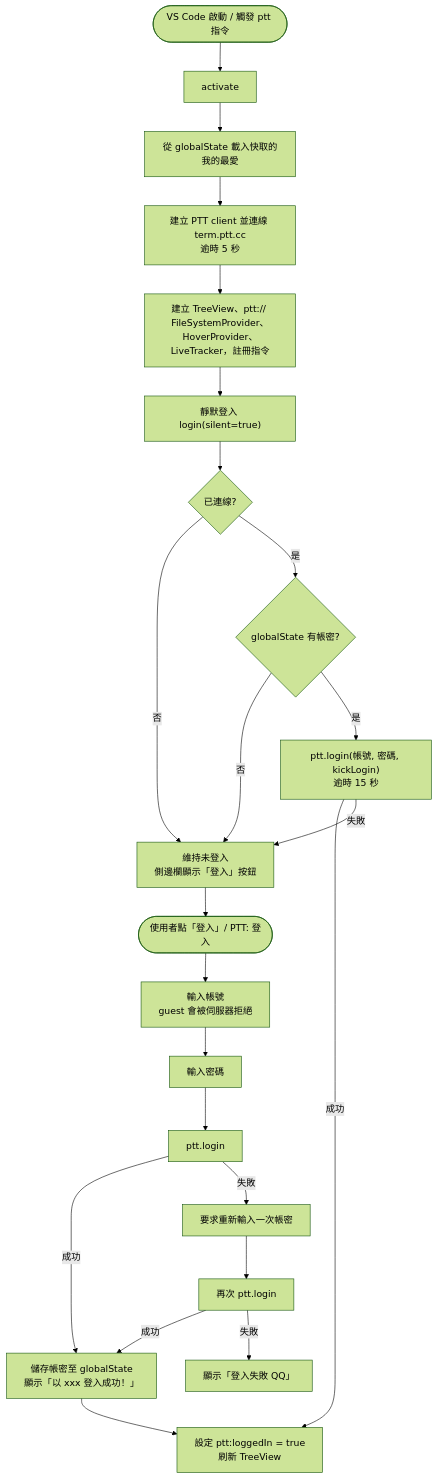
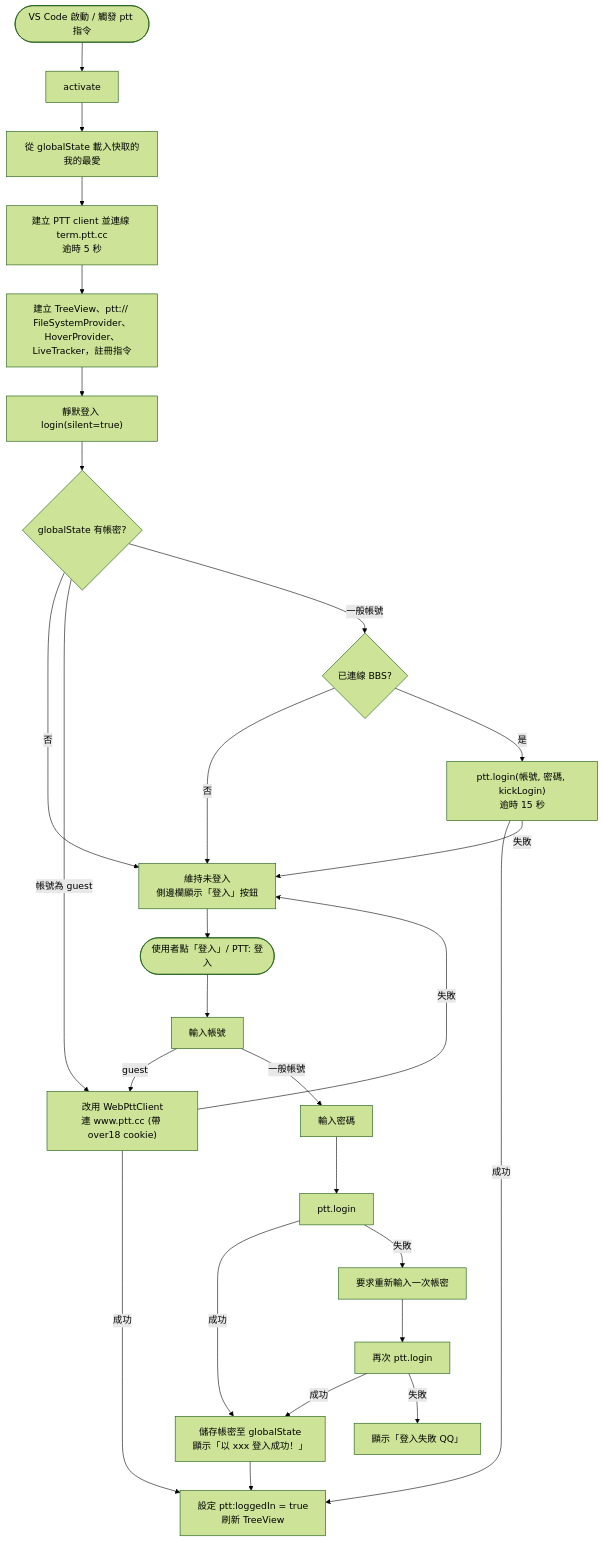
The second of 4 diagrams in docs/ARCHITECTURE.md (kalpy-HI/vscode-ptt), drawn with Mermaid (forest theme) before and after one commit. The commit also changed other lines of this file and 5 other files, not shown here.

First line of the commit message:
Guest mode: browse via www.ptt.cc web version

````diff
--- a/docs/ARCHITECTURE.md
+++ b/docs/ARCHITECTURE.md
@@ -37,24 +43,28 @@
 ```mermaid
 flowchart TD
   A([VS Code 啟動 / 觸發 ptt 指令]) --> B[activate]
   B --> C[從 globalState 載入快取的我的最愛]
   C --> D[建立 PTT client 並連線 term.ptt.cc<br/>逾時 5 秒]
   D --> E[建立 TreeView、ptt:// FileSystemProvider、<br/>HoverProvider、LiveTracker，註冊指令]
   E --> F["靜默登入 login(silent=true)"]
-  F --> G{已連線?}
-  G -- 否 --> X[維持未登入<br/>側邊欄顯示「登入」按鈕]
-  G -- 是 --> H{globalState 有帳密?}
-  H -- 否 --> X
-  H -- 是 --> I["ptt.login(帳號, 密碼, kickLogin)<br/>逾時 15 秒"]
+  F --> H{globalState 有帳密?}
+  H -- 否 --> X[維持未登入<br/>側邊欄顯示「登入」按鈕]
+  H -- 帳號為 guest --> GW
+  H -- 一般帳號 --> G{已連線 BBS?}
+  G -- 否 --> X
+  G -- 是 --> I["ptt.login(帳號, 密碼, kickLogin)<br/>逾時 15 秒"]
+  GW["改用 WebPttClient<br/>連 www.ptt.cc (帶 over18 cookie)"] -- 成功 --> J
+  GW -- 失敗 --> X
   I -- 成功 --> J[設定 ptt:loggedIn = true<br/>刷新 TreeView]
   I -- 失敗 --> X
 
   X --> M([使用者點「登入」/ PTT: 登入])
-  M --> N[輸入帳號<br/>guest 會被伺服器拒絕]
-  N --> O[輸入密碼]
+  M --> N[輸入帳號]
+  N -- guest --> GW
+  N -- 一般帳號 --> O[輸入密碼]
   O --> P[ptt.login]
   P -- 成功 --> Q[儲存帳密至 globalState<br/>顯示「以 xxx 登入成功！」] --> J
   P -- 失敗 --> R[要求重新輸入一次帳密] --> P2[再次 ptt.login]
   P2 -- 成功 --> Q
   P2 -- 失敗 --> S[顯示「登入失敗 QQ」]
 ```
````
